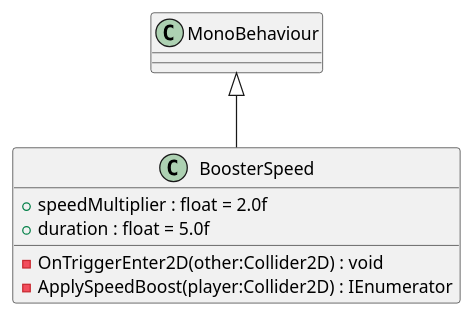
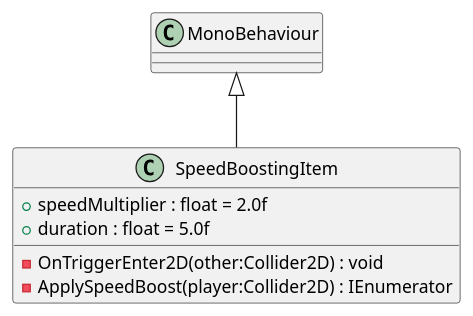
Before and after one commit to breftejk/Enigmaze: the diagram in uml/Items/SpeedBoostingItem.puml, drawn with PlantUML. The commit also changed 45 other files, not shown here.

```diff
--- a/uml/Items/SpeedBoostingItem.puml
+++ b/uml/Items/SpeedBoostingItem.puml
@@ -1,9 +1,9 @@
 @startuml
-class BoosterSpeed {
+class SpeedBoostingItem {
     + speedMultiplier : float = 2.0f
     + duration : float = 5.0f
     - OnTriggerEnter2D(other:Collider2D) : void
     - ApplySpeedBoost(player:Collider2D) : IEnumerator
 }
-MonoBehaviour <|-- BoosterSpeed
+MonoBehaviour <|-- SpeedBoostingItem
 @enduml
```
